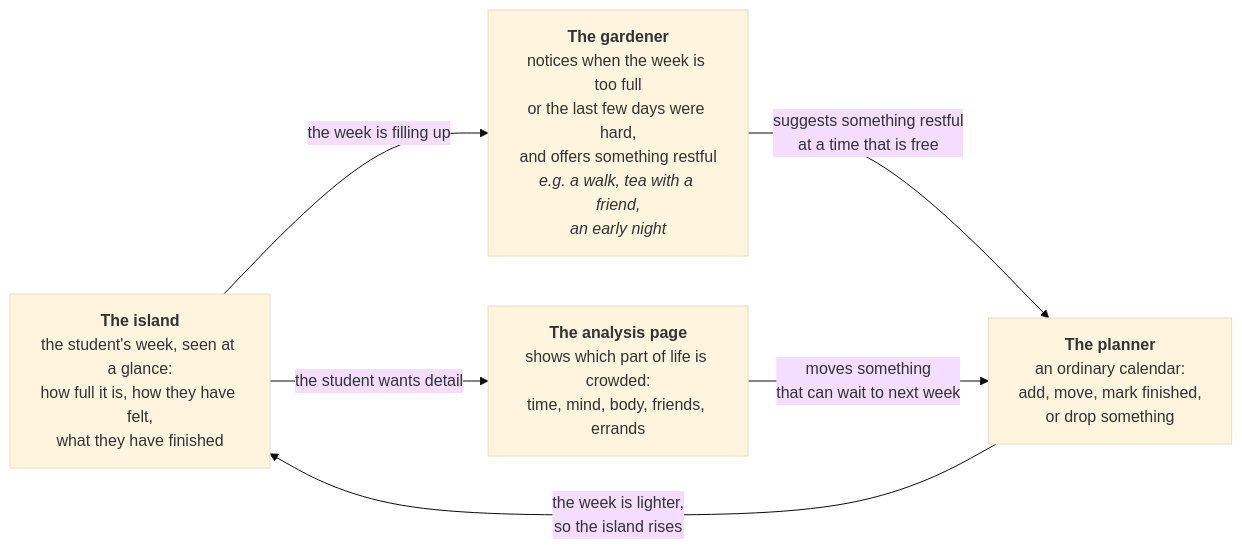
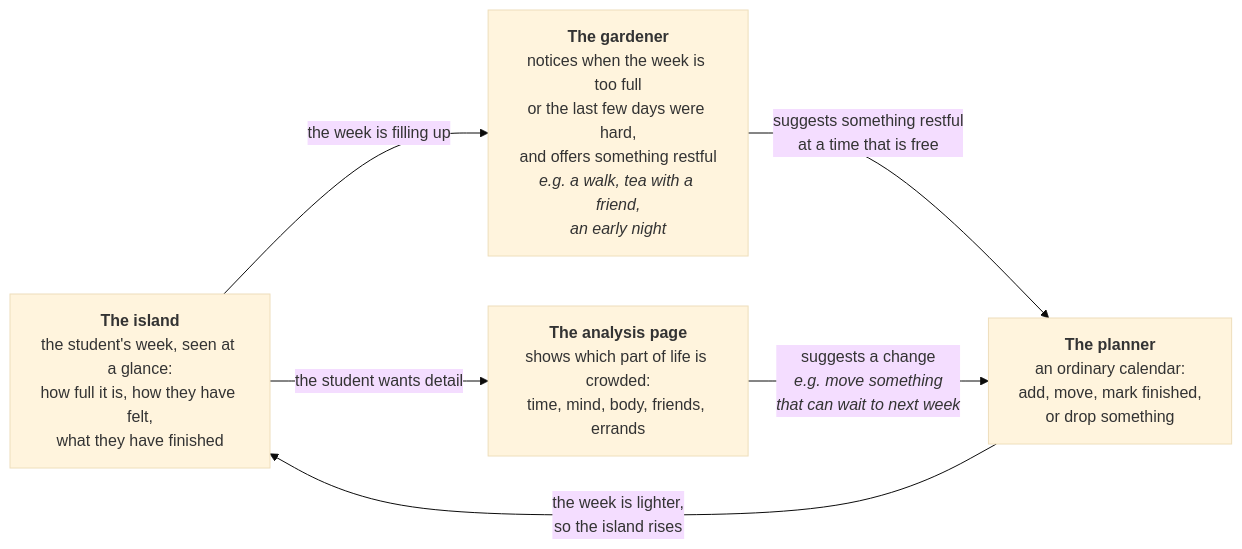
One commit to 25006675-png/Island_life changed the first of 3 diagrams in README.md. Above: the diagram before and after it, drawn with Mermaid (base theme).

Commit message:
Analysis page suggests a change, with the move as a labelled example

````diff
--- a/README.md
+++ b/README.md
@@ -314,13 +314,13 @@
 ```mermaid
 flowchart LR
     Island["<b>The island</b><br/>the student's week, seen at a glance:<br/>how full it is, how they have felt,<br/>what they have finished"]
     Gardener["<b>The gardener</b><br/>notices when the week is too full<br/>or the last few days were hard,<br/>and offers something restful<br/><i>e.g. a walk, tea with a friend,<br/>an early night</i>"]
     Balance["<b>The analysis page</b><br/>shows which part of life is crowded:<br/>time, mind, body, friends, errands"]
     Planner["<b>The planner</b><br/>an ordinary calendar:<br/>add, move, mark finished,<br/>or drop something"]
 
     Island -- "the week is filling up" --> Gardener
     Island -- "the student wants detail" --> Balance
     Gardener -- "suggests something restful<br/>at a time that is free" --> Planner
-    Balance -- "moves something<br/>that can wait to next week" --> Planner
+    Balance -- "suggests a change<br/><i>e.g. move something<br/>that can wait to next week</i>" --> Planner
     Planner -- "the week is lighter,<br/>so the island rises" --> Island
 ```
````
